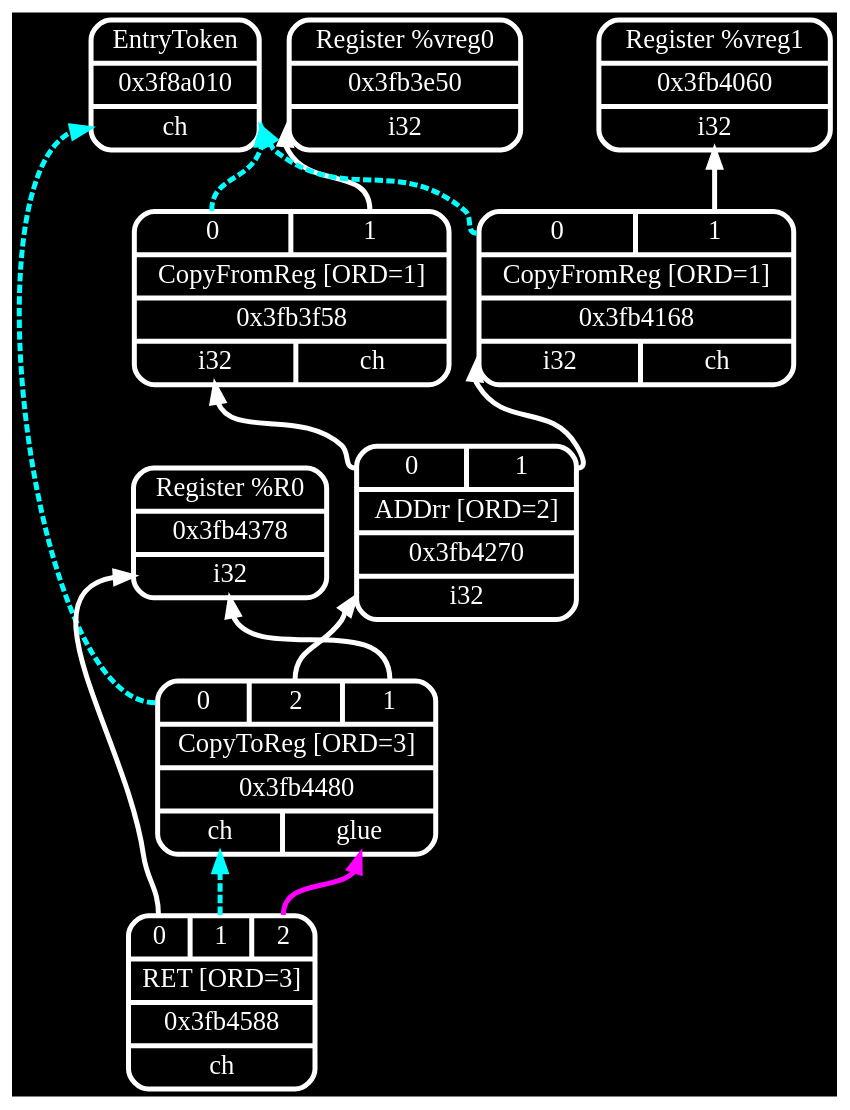
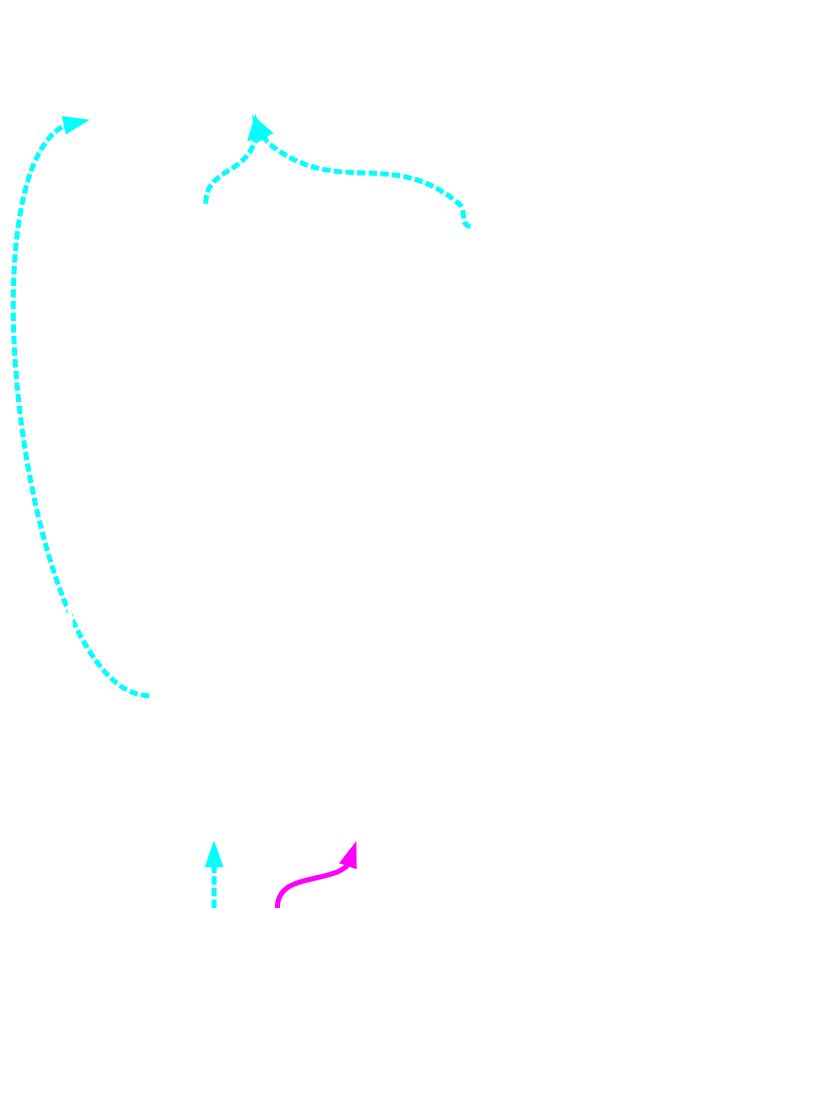
Before and after one commit to frasercrmck/llvm-leg: the diagram in docs/Codeplay/examples/ex1b/ex1b-post-isel.dot, drawn with Graphviz. The commit also changed 2 other files, not shown here.

```diff
--- a/docs/Codeplay/examples/ex1b/ex1b-post-isel.dot
+++ b/docs/Codeplay/examples/ex1b/ex1b-post-isel.dot
@@ -1,26 +1,26 @@
 digraph "scheduler input for foo:" {
 	rankdir="BT";
-	bgcolor="black";
+	bgcolor="transparent";
 
 	Node0x3f8a010 [shape=record,shape=Mrecord,label="{EntryToken|0x3f8a010|{<d0>ch}}", penwidth=3,color="white",fontname="Calibri",fontsize=16,fontcolor="white"];
 	Node0x3fb3e50 [shape=record,shape=Mrecord,label="{Register %vreg0|0x3fb3e50|{<d0>i32}}", penwidth=3,color="white",fontname="Calibri",fontsize=16,fontcolor="white"];
 	Node0x3fb4060 [shape=record,shape=Mrecord,label="{Register %vreg1|0x3fb4060|{<d0>i32}}", penwidth=3,color="white",fontname="Calibri",fontsize=16,fontcolor="white"];
 	Node0x3fb4378 [shape=record,shape=Mrecord,label="{Register %R0|0x3fb4378|{<d0>i32}}", penwidth=3,color="white",fontname="Calibri",fontsize=16,fontcolor="white"];
 	Node0x3fb3f58 [shape=record,shape=Mrecord,label="{{<s0>0|<s1>1}|CopyFromReg [ORD=1]|0x3fb3f58|{<d0>i32|<d1>ch}}", penwidth=3,color="white",fontname="Calibri",fontsize=16,fontcolor="white"];
 	Node0x3fb3f58:s0 -> Node0x3f8a010:d0[style=dashed, penwidth=3,color="cyan",fontname="Calibri",fontsize=16,fontcolor="white"];
 	Node0x3fb3f58:s1 -> Node0x3fb3e50:d0[penwidth=3,color="white",fontname="Calibri",fontsize=16,fontcolor="white"];
 	Node0x3fb4168 [shape=record,shape=Mrecord,label="{{<s0>0|<s1>1}|CopyFromReg [ORD=1]|0x3fb4168|{<d0>i32|<d1>ch}}", penwidth=3,color="white",fontname="Calibri",fontsize=16,fontcolor="white"];
 	Node0x3fb4168:s0 -> Node0x3f8a010:d0[style=dashed, penwidth=3,color="cyan",fontname="Calibri",fontsize=16,fontcolor="white"];
 	Node0x3fb4168:s1 -> Node0x3fb4060:d0[penwidth=3,color="white",fontname="Calibri",fontsize=16,fontcolor="white"];
 	Node0x3fb4270 [shape=record,shape=Mrecord,label="{{<s0>0|<s1>1}|ADDrr [ORD=2]|0x3fb4270|{<d0>i32}}", penwidth=3,color="white",fontname="Calibri",fontsize=16,fontcolor="white"];
 	Node0x3fb4270:s0 -> Node0x3fb3f58:d0[penwidth=3,color="white",fontname="Calibri",fontsize=16,fontcolor="white"];
 	Node0x3fb4270:s1 -> Node0x3fb4168:d0[penwidth=3,color="white",fontname="Calibri",fontsize=16,fontcolor="white"];
 	Node0x3fb4480 [shape=record,shape=Mrecord,label="{{<s0>0|<s1>2|<s2>1}|CopyToReg [ORD=3]|0x3fb4480|{<d0>ch|<d1>glue}}", penwidth=3,color="white",fontname="Calibri",fontsize=16,fontcolor="white"];
 	Node0x3fb4480:s0 -> Node0x3f8a010:d0[style=dashed, penwidth=3,color="cyan",fontname="Calibri",fontsize=16,fontcolor="white"];
 	Node0x3fb4480:s2 -> Node0x3fb4378:d0[penwidth=3,color="white",fontname="Calibri",fontsize=16,fontcolor="white"];
 	Node0x3fb4480:s1 -> Node0x3fb4270:d0[penwidth=3,color="white",fontname="Calibri",fontsize=16,fontcolor="white"];
 	Node0x3fb4588 [shape=record,shape=Mrecord,label="{{<s0>0|<s1>1|<s2>2}|RET [ORD=3]|0x3fb4588|{<d0>ch}}", penwidth=3,color="white",fontname="Calibri",fontsize=16,fontcolor="white"];
 	Node0x3fb4588:s0 -> Node0x3fb4378:d0[penwidth=3,color="white",fontname="Calibri",fontsize=16,fontcolor="white"];
 	Node0x3fb4588:s1 -> Node0x3fb4480:d0[style=dashed, penwidth=3,color="cyan",fontname="Calibri",fontsize=16,fontcolor="white"];
 	Node0x3fb4588:s2 -> Node0x3fb4480:d1[style=bold, penwidth=3,color="magenta",fontname="Calibri",fontsize=16,fontcolor="white"];
 }
```
